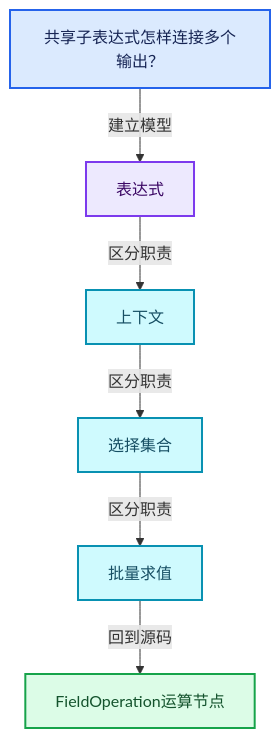
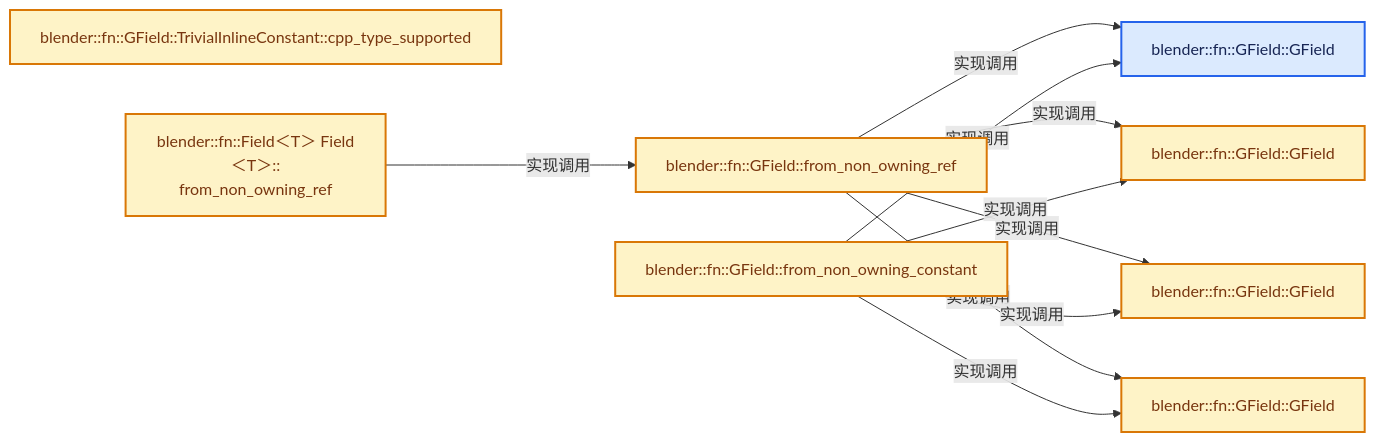
One commit to yunkezengren/blender-.vscode changed the second of 4 diagrams in 杂/markdown/全面学习-codex/08-Field表达式与求值/05-FieldOperation运算节点.md. Above: the diagram before and after it, drawn with Mermaid. The commit also changed other lines of this file and 1930 other files, not shown here.

````diff
--- a/杂/markdown/全面学习-codex/08-Field表达式与求值/05-FieldOperation运算节点.md
+++ b/杂/markdown/全面学习-codex/08-Field表达式与求值/05-FieldOperation运算节点.md
@@ -60,20 +46,26 @@
 ```mermaid
-flowchart TB
-  Q["共享子表达式怎样连接多个输出？"]:::input
-  C0["表达式"]:::abstraction
-  C1["上下文"]:::data
-  C2["选择集合"]:::data
-  C3["批量求值"]:::data
-  R["FieldOperation运算节点"]:::result
-  Q -->|"建立模型"| C0
-  C0 -->|"区分职责"| C1
-  C1 -->|"区分职责"| C2
-  C2 -->|"区分职责"| C3
-  C3 -->|"回到源码"| R
+flowchart LR
+  F0["blender::fn::GField::GField"]:::input
+  F1["blender::fn::GField::GField"]:::compute
+  F2["blender::fn::GField::GField"]:::compute
+  F3["blender::fn::GField::GField"]:::compute
+  F4["blender::fn::GField::from_non_owning_ref"]:::compute
+  F5["blender::fn::GField::TrivialInlineConstant::cpp_type_supported"]:::compute
+  F6["blender::fn::GField::from_non_owning_constant"]:::compute
+  F7["blender::fn::Field＜T＞ Field＜T＞::<br/>from_non_owning_ref"]:::compute
+  F4 -->|"实现调用"| F0
+  F4 -->|"实现调用"| F1
+  F4 -->|"实现调用"| F2
+  F4 -->|"实现调用"| F3
+  F6 -->|"实现调用"| F0
+  F6 -->|"实现调用"| F1
+  F6 -->|"实现调用"| F2
+  F6 -->|"实现调用"| F3
+  F7 -->|"实现调用"| F4
   classDef input fill:#DBEAFE,stroke:#2563EB,color:#172554,stroke-width:2px;
   classDef data fill:#CFFAFE,stroke:#0891B2,color:#164E63,stroke-width:2px;
   classDef abstraction fill:#EDE9FE,stroke:#7C3AED,color:#3B0764,stroke-width:2px;
   classDef compute fill:#FEF3C7,stroke:#D97706,color:#78350F,stroke-width:2px;
   classDef result fill:#DCFCE7,stroke:#16A34A,color:#14532D,stroke-width:2px;
   classDef error fill:#FEE2E2,stroke:#DC2626,color:#7F1D1D,stroke-width:2px;
 ```
````
